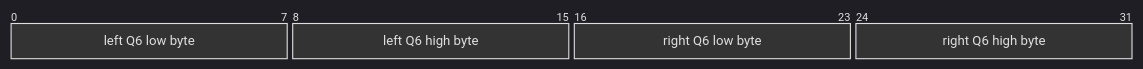
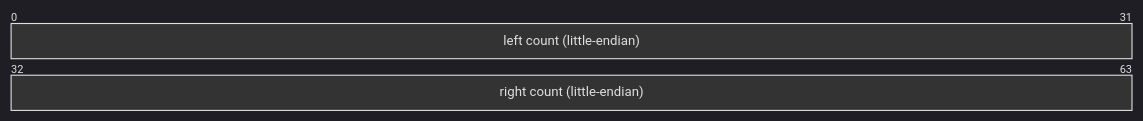
The fourth of 4 diagrams in docs/frame.md (kei185/sensor-echo), drawn with Mermaid before and after one commit. The commit also changed other lines of this file and 5 other files, not shown here.

````diff
--- a/docs/frame.md
+++ b/docs/frame.md
@@ -310,9 +312,7 @@
 ```mermaid
 %%{init: {'theme': 'dark'}}%%
 
 packet
-+8: "left Q6 low byte"
-+8: "left Q6 high byte"
-+8: "right Q6 low byte"
-+8: "right Q6 high byte"
++32: "left count (little-endian)"
++32: "right count (little-endian)"
 ```
````
